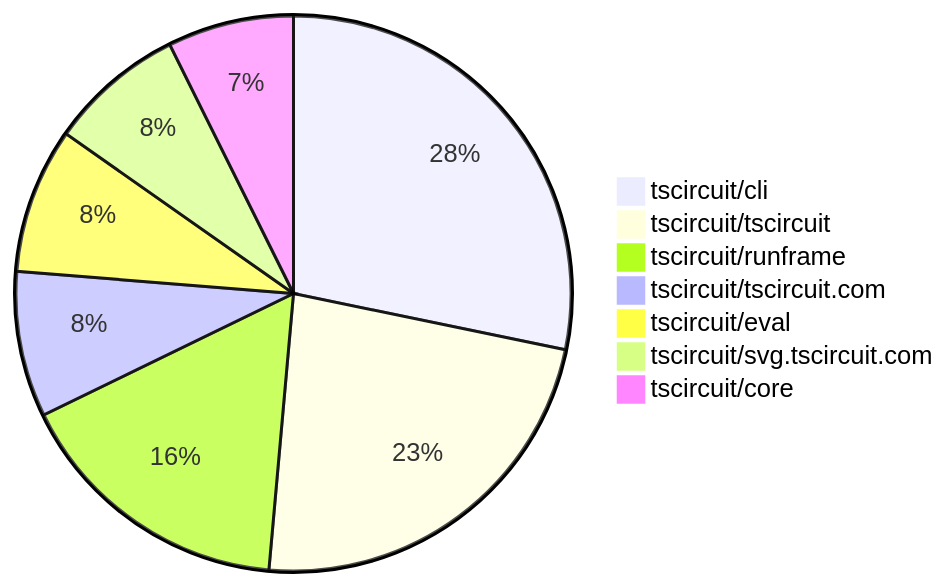
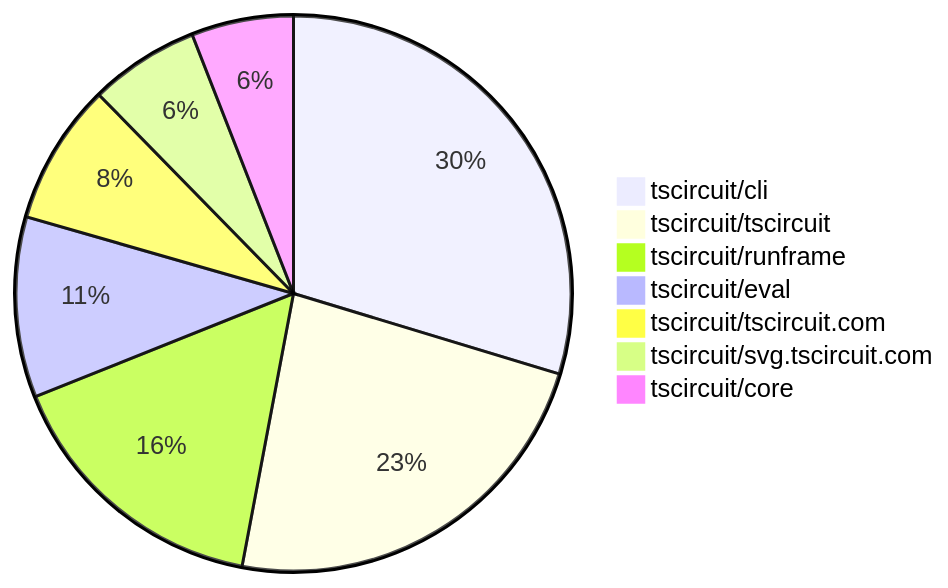
The second of 2 diagrams in README.md (tscircuit/contribution-tracker), drawn with Mermaid before and after one commit. The commit also changed other lines of this file and 3 other files, not shown here.

````diff
--- a/README.md
+++ b/README.md
@@ -122,10 +124,10 @@
 ```mermaid
 pie
-    "tscircuit/cli" : 50
-    "tscircuit/tscircuit" : 41
-    "tscircuit/runframe" : 29
-    "tscircuit/tscircuit.com" : 15
-    "tscircuit/eval" : 15
+    "tscircuit/cli" : 65
+    "tscircuit/tscircuit" : 51
+    "tscircuit/runframe" : 35
+    "tscircuit/eval" : 23
+    "tscircuit/tscircuit.com" : 18
     "tscircuit/svg.tscircuit.com" : 14
     "tscircuit/core" : 13
 ```
````
